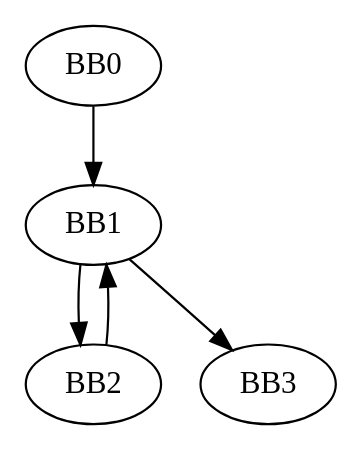
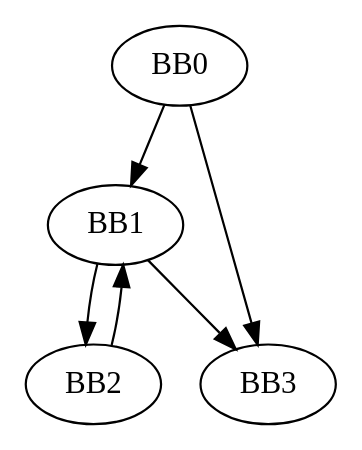
One commit to Jaseci-Labs/jaseci changed the diagram in jac/cfg.gv. Above: the diagram before and after it, drawn with Graphviz. The commit also changed 4 other files, not shown here.

```diff
--- a/jac/cfg.gv
+++ b/jac/cfg.gv
@@ -1,11 +1,12 @@
 // Control Flow Graph
 digraph {
 	bb0 [label=BB0]
 	bb1 [label=BB1]
 	bb2 [label=BB2]
 	bb3 [label=BB3]
+	bb0 -> bb3
 	bb0 -> bb1
+	bb1 -> bb3
 	bb1 -> bb2
-	bb1 -> bb3
 	bb2 -> bb1
 }
```
